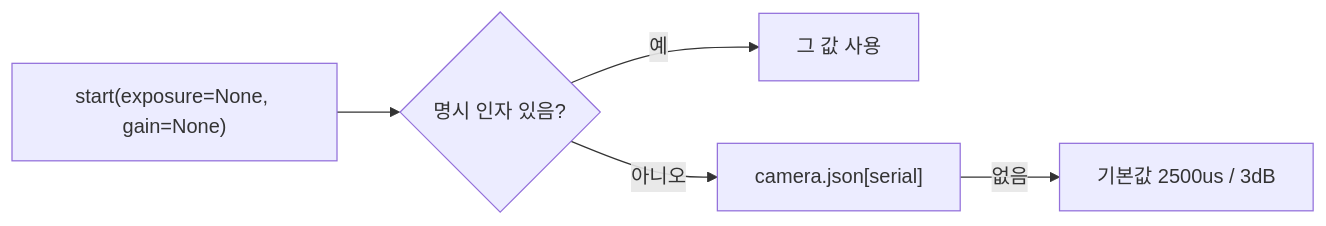
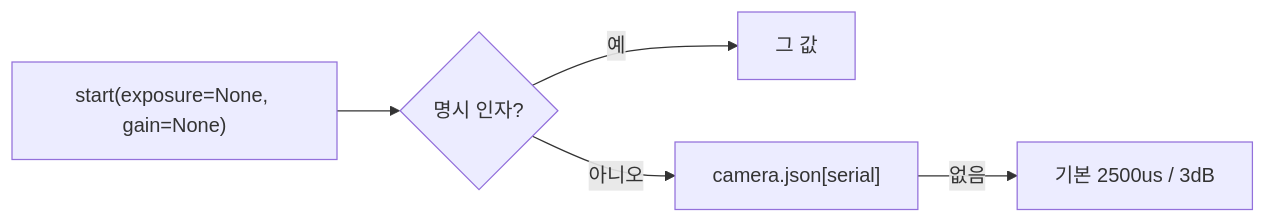
The sixth of 7 diagrams in docs/camera_system.md (willi19/paradex), drawn with Mermaid before and after one commit. The commit also changed other lines of this file and 154 other files, not shown here.

````diff
--- a/docs/camera_system.md
+++ b/docs/camera_system.md
@@ -147,7 +231,7 @@
 ```{mermaid}
 flowchart LR
-    A["start(exposure=None, gain=None)"] --> B{"명시 인자 있음?"}
-    B -->|예| U["그 값 사용"]
+    A["start(exposure=None, gain=None)"] --> B{"명시 인자?"}
+    B -->|예| U["그 값"]
     B -->|아니오| C["camera.json[serial]"]
-    C -->|없음| D["기본값 2500us / 3dB"]
+    C -->|없음| D["기본 2500us / 3dB"]
 ```
````
